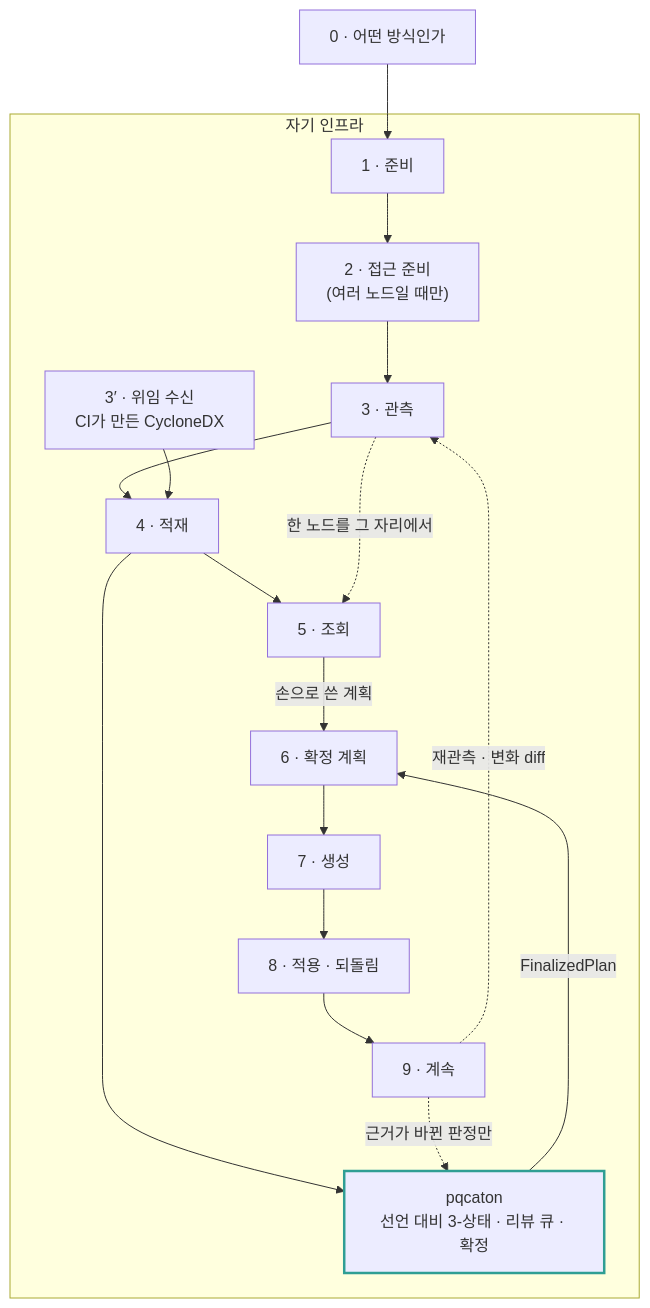
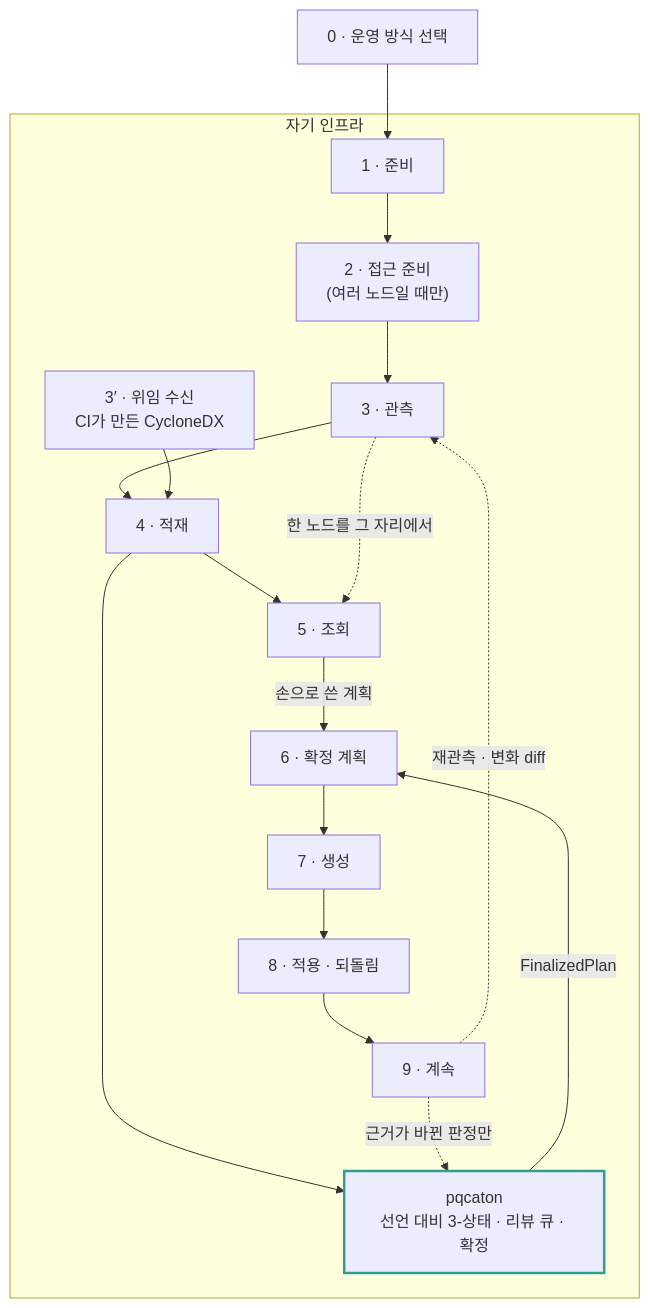
Before and after one commit to sntsoftgit/pqcaton: the first of 3 diagrams in docs/journey.md, drawn with Mermaid. The commit also changed 1 other file, not shown here.

Commit message:
문서: site 문구 둘과 여정의 0단계 이름을 다시 쓴다

````diff
--- a/docs/journey.md
+++ b/docs/journey.md
@@ -27,26 +27,26 @@
 ```mermaid
 flowchart TB
-    A["0 · 어떤 방식인가"] --> B
+    A["0 · 운영 방식 선택"] --> B
 
     subgraph inside["자기 인프라"]
       B["1 · 준비"] --> C["2 · 접근 준비<br/>(여러 노드일 때만)"]
       C --> D["3 · 관측"]
       D --> E["4 · 적재"]
       W["3′ · 위임 수신<br/>CI가 만든 CycloneDX"] --> E
       E --> F["5 · 조회"]
       F -->|"손으로 쓴 계획"| G["6 · 확정 계획"]
       G --> H["7 · 생성"]
       H --> I["8 · 적용 · 되돌림"]
       I --> J["9 · 계속"]
 
       E --> K["pqcaton<br/>선언 대비 3-상태 · 리뷰 큐 · 확정"]
       K -->|"FinalizedPlan"| G
     end
 
     J -.->|"재관측 · 변화 diff"| D
     D -.->|"한 노드를 그 자리에서"| F
     J -.->|"근거가 바뀐 판정만"| K
 
     classDef us stroke:#2f9e94,stroke-width:2.5px;
     class K us;
 ```
````
